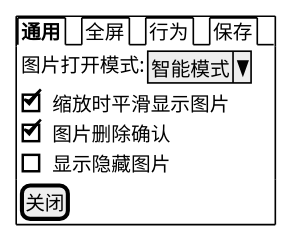
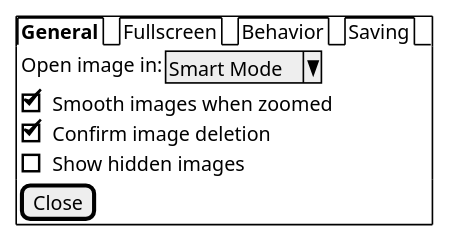
One commit to vuepress/ecosystem changed diagram 11 of 17 in docs/zh/plugins/markdown/markdown-chart/plantuml.md. Above: the diagram before and after it, drawn with PlantUML. The commit also changed other lines of this file, not shown here.

Commit message:
docs: fix chart

```diff
--- a/docs/zh/plugins/markdown/markdown-chart/plantuml.md
+++ b/docs/zh/plugins/markdown/markdown-chart/plantuml.md
@@ -375,12 +375,12 @@
 @startsalt
 {+
-{/ <b>通用 | 全屏 | 行为 | 保存 }
+{/ <b>General | Fullscreen | Behavior | Saving }
 {
-{ 图片打开模式: | ^智能模式^ }
-[X] 缩放时平滑显示图片
-[X] 图片删除确认
-[ ] 显示隐藏图片
+{ Open image in: | ^Smart Mode^ }
+[X] Smooth images when zoomed
+[X] Confirm image deletion
+[ ] Show hidden images
 }
-[关闭]
+[Close]
 }
 @endsalt
```
